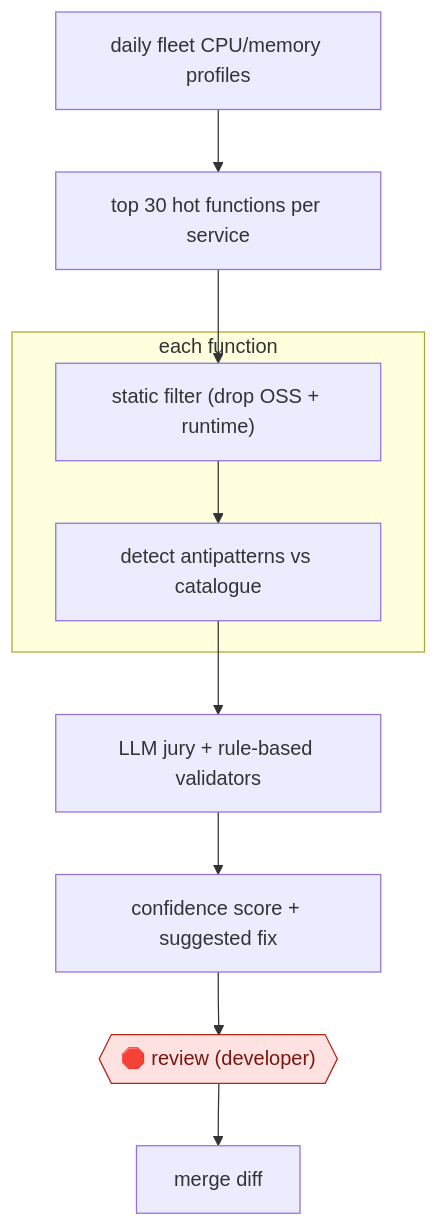
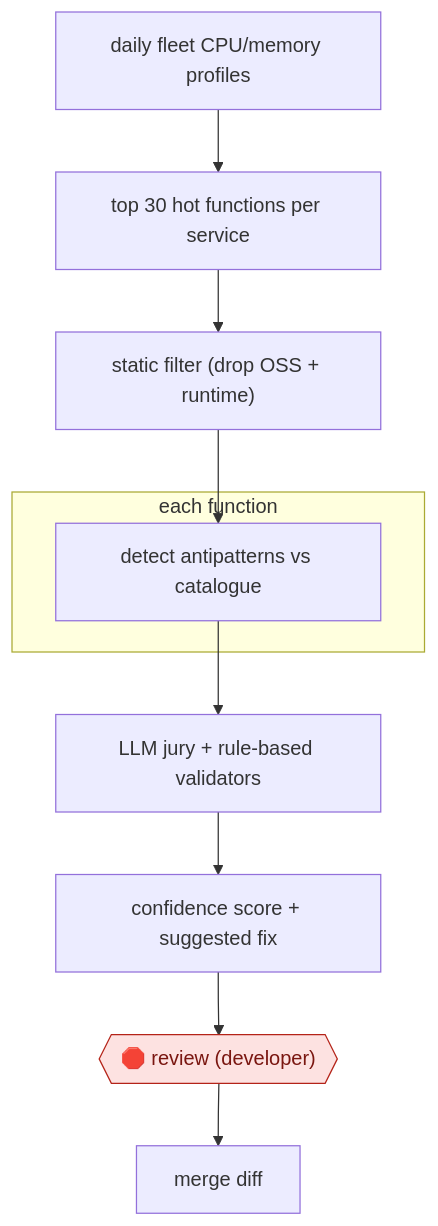
The diagram in workflows/TEC/SWE/MAINT/profile-led-perf-fixes/README.md (milesradford99/agent-workflow-atlas), drawn with Mermaid before and after one commit. The commit also changed other lines of this file and 171 other files, not shown here.

````diff
--- a/workflows/TEC/SWE/MAINT/profile-led-perf-fixes/README.md
+++ b/workflows/TEC/SWE/MAINT/profile-led-perf-fixes/README.md
@@ -31,21 +31,21 @@
 ```mermaid
 flowchart TD
   n1["daily fleet CPU/memory profiles"]
   n2["top 30 hot functions per service"]
-  n1 --> n2
   n3["static filter (drop OSS + runtime)"]
-  n2 --> n3
   subgraph s4["each function"]
   n5["detect antipatterns vs catalogue"]
-  n3 --> n5
   end
   n6["LLM jury + rule-based validators"]
+  n7["confidence score + suggested fix"]
+  n8{{"🛑 review (developer)"}}:::stop
+  n9["merge diff"]
+  n1 --> n2
+  n2 --> n3
+  n3 --> n5
   n5 --> n6
-  n7["confidence score + suggested fix"]
   n6 --> n7
-  n8{{"🛑 review (developer)"}}:::stop
   n7 --> n8
-  n9["merge diff"]
   n8 --> n9
   classDef stop fill:#fde2e1,stroke:#b42318,color:#7a1610
 ```
````
